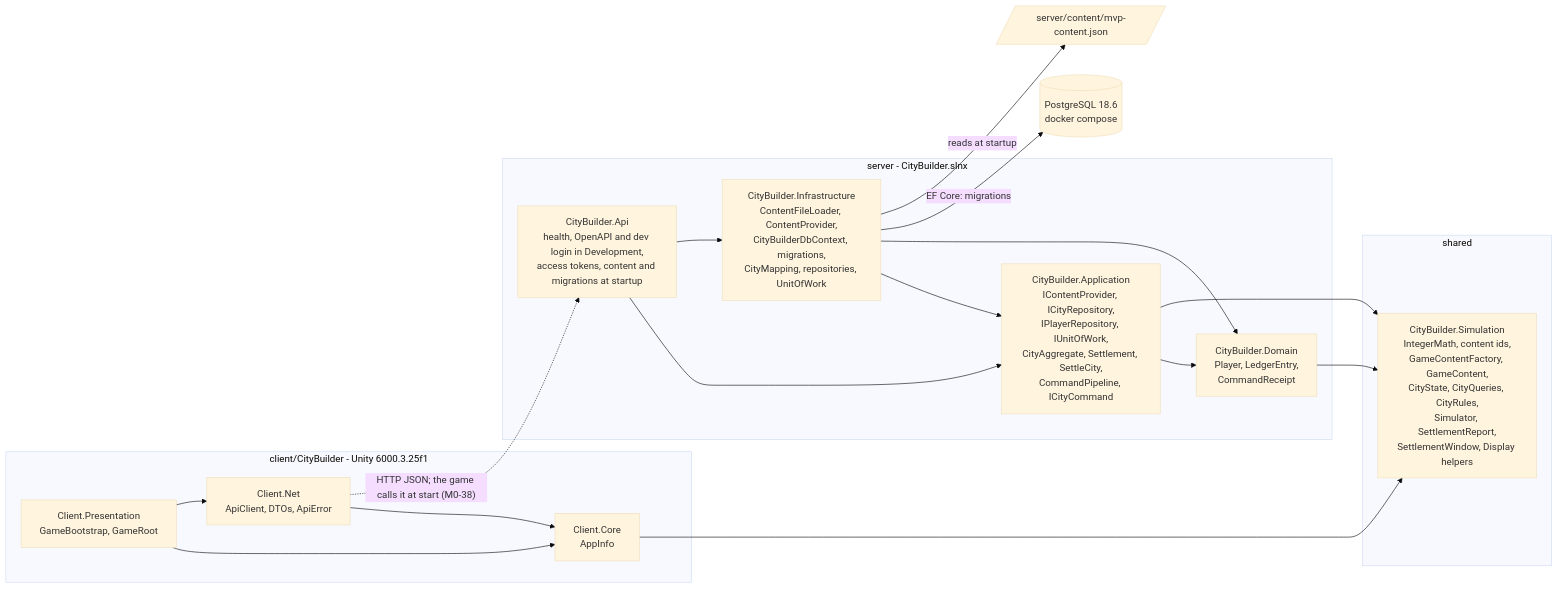
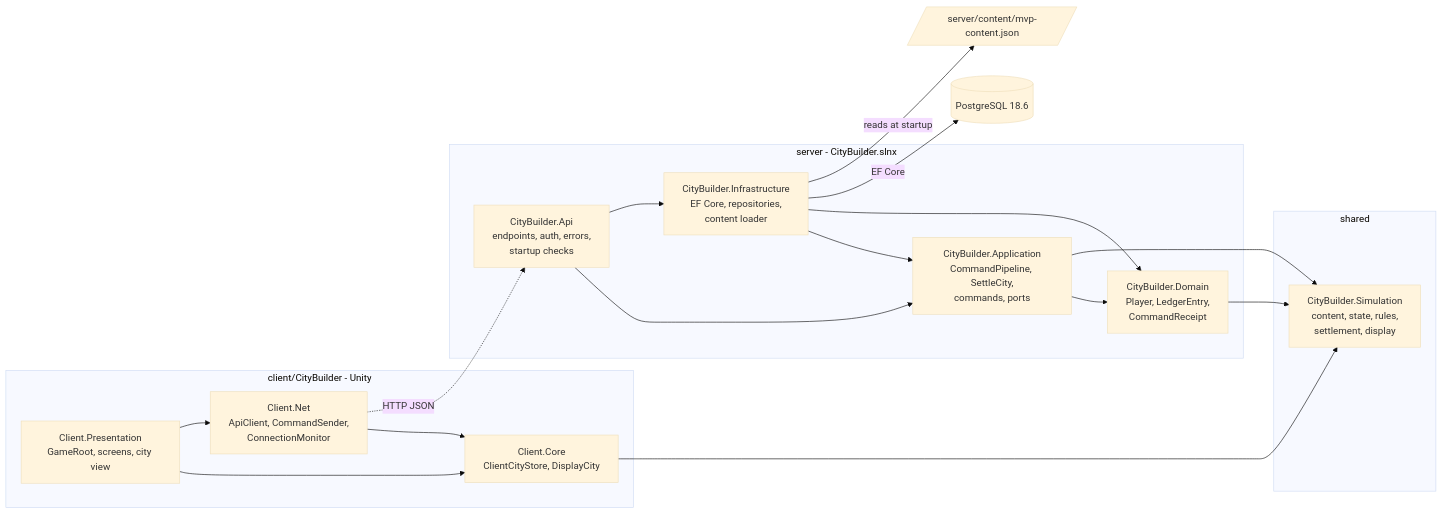
One commit to Samurai-netizen/citybuild changed the first of 2 diagrams in docs/architecture/overview.md. Above: the diagram before and after it, drawn with Mermaid (base theme). The commit also changed other lines of this file and 5 other files, not shown here.

Commit message:
docs(M0-63): architecture overview as built, request lifecycle, build log index

````diff
--- a/docs/architecture/overview.md
+++ b/docs/architecture/overview.md
@@ -20,34 +23,33 @@
 ```mermaid
 flowchart LR
-  subgraph clientside["client/CityBuilder - Unity 6000.3.25f1"]
-    PRES["Client.Presentation<br/>GameBootstrap, GameRoot"]
-    NET["Client.Net<br/>ApiClient, DTOs, ApiError"]
-    CORE["Client.Core<br/>AppInfo"]
+  subgraph clientside["client/CityBuilder - Unity"]
+    PRES["Client.Presentation<br/>GameRoot, screens, city view"]
+    NET["Client.Net<br/>ApiClient, CommandSender,<br/>ConnectionMonitor"]
+    CORE["Client.Core<br/>ClientCityStore, DisplayCity"]
   end
   subgraph sharedside["shared"]
-    SIM["CityBuilder.Simulation<br/>IntegerMath, content ids,<br/>GameContentFactory, GameContent,<br/>CityState, CityQueries, CityRules,<br/>Simulator, SettlementReport,<br/>SettlementWindow, Display helpers"]
+    SIM["CityBuilder.Simulation<br/>content, state, rules,<br/>settlement, display"]
   end
   subgraph serverside["server - CityBuilder.slnx"]
-    API["CityBuilder.Api<br/>health, OpenAPI and dev login in Development,<br/>access tokens, content and migrations at startup"]
-    INF["CityBuilder.Infrastructure<br/>ContentFileLoader, ContentProvider,<br/>CityBuilderDbContext, migrations,<br/>CityMapping, repositories, UnitOfWork"]
-    APP["CityBuilder.Application<br/>IContentProvider, ICityRepository,<br/>IPlayerRepository, IUnitOfWork,<br/>CityAggregate, Settlement, SettleCity,<br/>CommandPipeline, ICityCommand"]
+    API["CityBuilder.Api<br/>endpoints, auth, errors,<br/>startup checks"]
+    APP["CityBuilder.Application<br/>CommandPipeline, SettleCity,<br/>commands, ports"]
+    INF["CityBuilder.Infrastructure<br/>EF Core, repositories,<br/>content loader"]
     DOM["CityBuilder.Domain<br/>Player, LedgerEntry,<br/>CommandReceipt"]
   end
-  DB[("PostgreSQL 18.6<br/>docker compose")]
+  DB[("PostgreSQL 18.6")]
   FILE[/"server/content/mvp-content.json"/]
   PRES --> CORE
   PRES --> NET
   NET --> CORE
   CORE --> SIM
   API --> APP
   API --> INF
   INF --> APP
   INF --> DOM
   APP --> DOM
   APP --> SIM
   DOM --> SIM
-  NET -.->|"HTTP JSON; the game calls it at start (M0-38)"| API
-  INF -->|"EF Core: migrations"| DB
+  NET -.->|"HTTP JSON"| API
+  INF -->|"EF Core"| DB
   INF -->|"reads at startup"| FILE
-  classDef planned stroke-dasharray: 4 4
 ```
````
